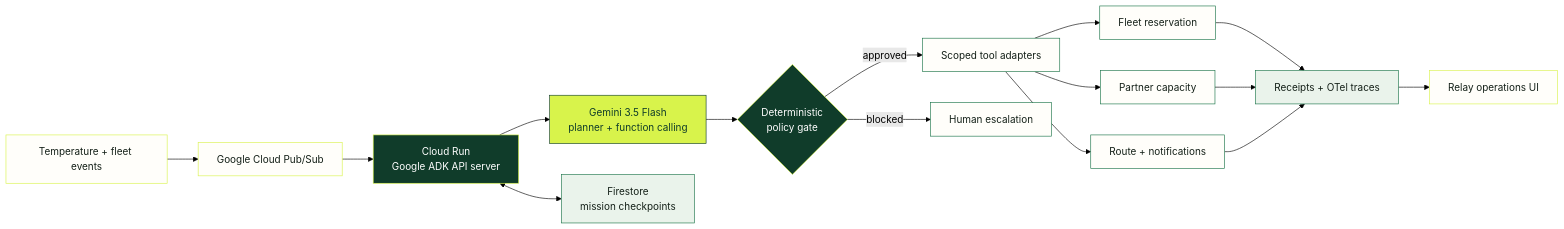
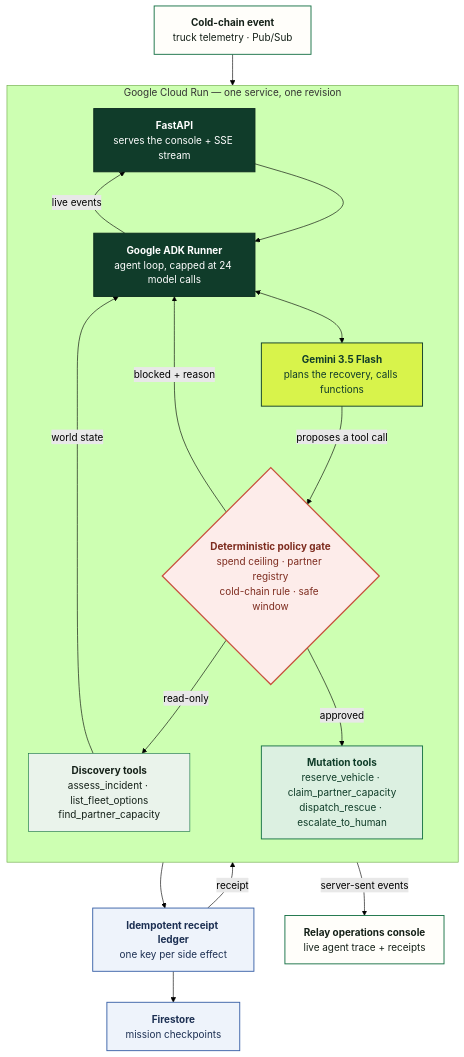
Before and after one commit to srivibhavpadakandla/relay-food-rescue: the diagram in docs/architecture.mmd, drawn with Mermaid (forest theme). The commit also changed 58 other files, not shown here.

First line of the commit message:
feat: wire the console to the live agent and ship on Cloud Run

```diff
--- a/docs/architecture.mmd
+++ b/docs/architecture.mmd
@@ -1,19 +1,38 @@
-flowchart LR
-  classDef event fill:#fffefa,stroke:#d8f34b,color:#142018
-  classDef runtime fill:#103c2a,stroke:#d8f34b,color:#ffffff
-  classDef model fill:#d8f34b,stroke:#103c2a,color:#103c2a
-  classDef state fill:#eaf3eb,stroke:#177246,color:#142018
-  classDef action fill:#fffefa,stroke:#177246,color:#142018
+flowchart TB
+  classDef event fill:#fffefa,stroke:#177246,stroke-width:1.5px,color:#142018
+  classDef gcp   fill:#103c2a,stroke:#0b2a1d,stroke-width:1.5px,color:#ffffff
+  classDef model fill:#d8f34b,stroke:#103c2a,stroke-width:1.5px,color:#103c2a
+  classDef gate  fill:#fdecea,stroke:#c8503c,stroke-width:2px,color:#7d2b1e
+  classDef read  fill:#eaf3eb,stroke:#177246,color:#142018
+  classDef write fill:#dcf0e1,stroke:#177246,stroke-width:1.5px,color:#0f3c28
+  classDef state fill:#eef3fb,stroke:#3b62a8,stroke-width:1.5px,color:#1c2f52
 
-  E[Temperature + fleet events]:::event --> P[Google Cloud Pub/Sub]:::event
-  P --> R[Cloud Run<br/>Google ADK API server]:::runtime
-  R --> G[Gemini 3.5 Flash<br/>planner + function calling]:::model
-  R <--> S[Firestore<br/>mission checkpoints]:::state
-  G --> C{Deterministic<br/>policy gate}:::runtime
-  C -->|approved| T[Scoped tool adapters]:::action
-  C -->|blocked| H[Human escalation]:::action
-  T --> F[Fleet reservation]:::action
-  T --> N[Partner capacity]:::action
-  T --> D[Route + notifications]:::action
-  F & N & D --> O[Receipts + OTel traces]:::state
-  O --> U[Relay operations UI]:::event
+  E["<b>Cold-chain event</b><br/>truck telemetry · Pub/Sub"]:::event
+
+  subgraph RUN["Google Cloud Run — one service, one revision"]
+    direction TB
+    API["<b>FastAPI</b><br/>serves the console + SSE stream"]:::gcp
+    ADK["<b>Google ADK Runner</b><br/>agent loop, capped at 24 model calls"]:::gcp
+    G["<b>Gemini 3.5 Flash</b><br/>plans the recovery, calls functions"]:::model
+    GATE{"<b>Deterministic policy gate</b><br/>spend ceiling · partner registry<br/>cold-chain rule · safe window"}:::gate
+    READ["<b>Discovery tools</b><br/>assess_incident · list_fleet_options<br/>find_partner_capacity"]:::read
+    WRITE["<b>Mutation tools</b><br/>reserve_vehicle · claim_partner_capacity<br/>dispatch_rescue · escalate_to_human"]:::write
+  end
+
+  LEDGER["<b>Idempotent receipt ledger</b><br/>one key per side effect"]:::state
+  FS["<b>Firestore</b><br/>mission checkpoints"]:::state
+  UI["<b>Relay operations console</b><br/>live agent trace + receipts"]:::event
+
+  E --> API
+  API --> ADK
+  ADK <--> G
+  G -- "proposes a tool call" --> GATE
+  GATE -- "read-only" --> READ
+  GATE -- "approved" --> WRITE
+  GATE -- "blocked + reason" --> ADK
+  READ -- "world state" --> ADK
+  WRITE --> LEDGER
+  LEDGER -- "receipt" --> ADK
+  LEDGER --> FS
+  ADK -- "live events" --> API
+  API -- "server-sent events" --> UI
```
